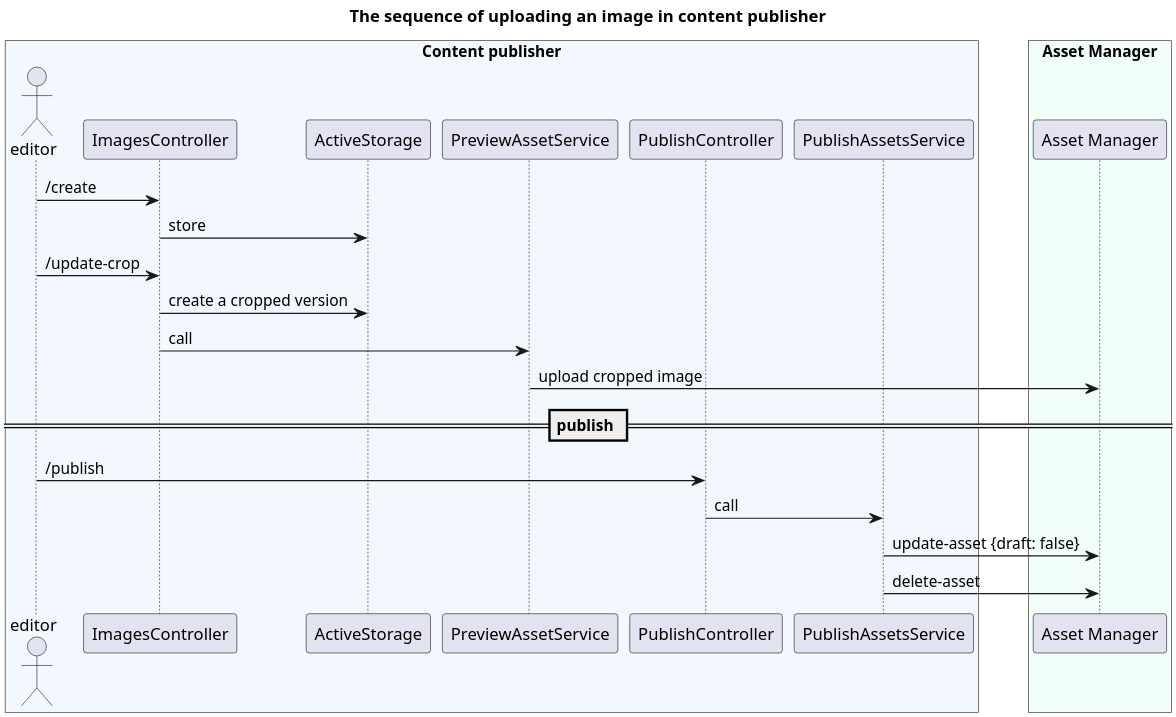
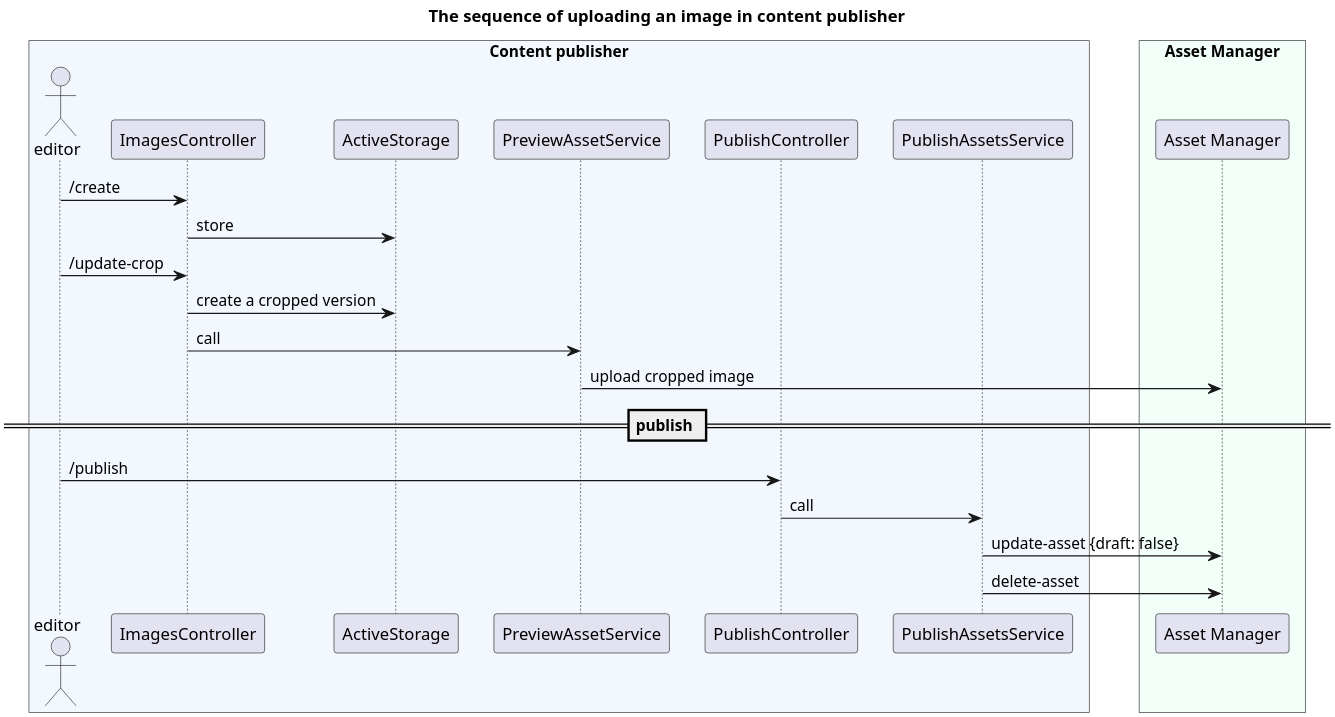
The diagram in docs/diagrams/content-publisher-image-upload.puml (alphagov/whitehall), drawn with PlantUML before and after one commit. The commit also changed 1 other file, not shown here.

Commit message:
add coloring and boundaries to asset state diagram

```diff
--- a/docs/diagrams/content-publisher-image-upload.puml
+++ b/docs/diagrams/content-publisher-image-upload.puml
@@ -1,32 +1,35 @@
 @startuml
 
 skinparam dpi 300
 title The sequence of uploading an image in content publisher
+skinparam BoxPadding 20
+skinparam ParticipantPadding 10
+
 
 box "Content publisher" #f2f8fe
 actor editor
 participant ImagesController
 participant ActiveStorage
 participant PreviewAssetService
 participant PublishController
 participant PublishAssetsService
 end box
 
 box "Asset Manager" #f2fef8
 participant "Asset Manager"
 end box
 
 editor -> ImagesController : /create
 ImagesController -> ActiveStorage : store
 
 editor -> ImagesController : /update-crop
 ImagesController -> ActiveStorage : create a cropped version
 ImagesController -> PreviewAssetService : call
 PreviewAssetService -> "Asset Manager" : upload cropped image
 
 == publish ==
 editor -> PublishController : /publish
 PublishController -> PublishAssetsService : call
 PublishAssetsService -> "Asset Manager" : update-asset {draft: false}
 PublishAssetsService -> "Asset Manager" : delete-asset
 @enduml
```
